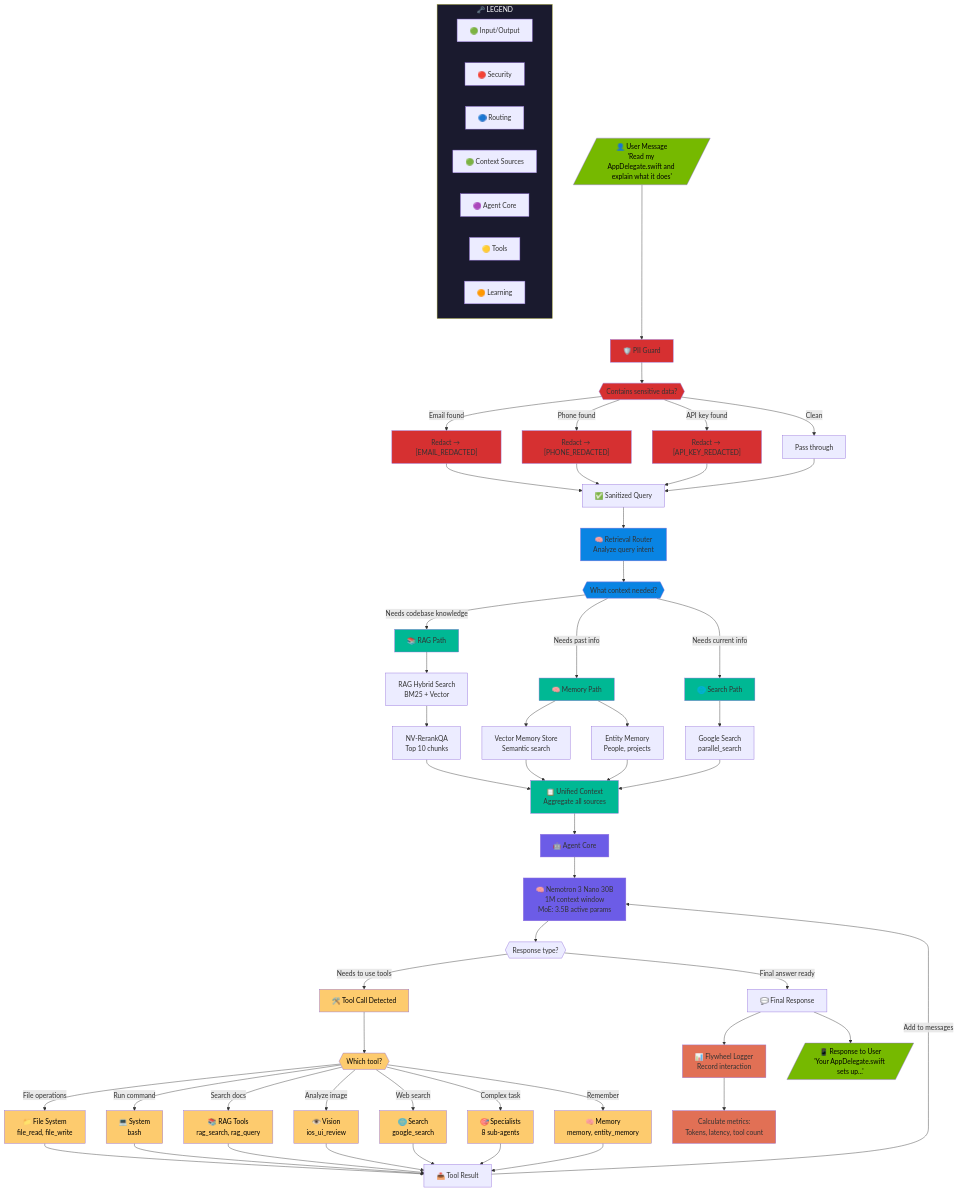
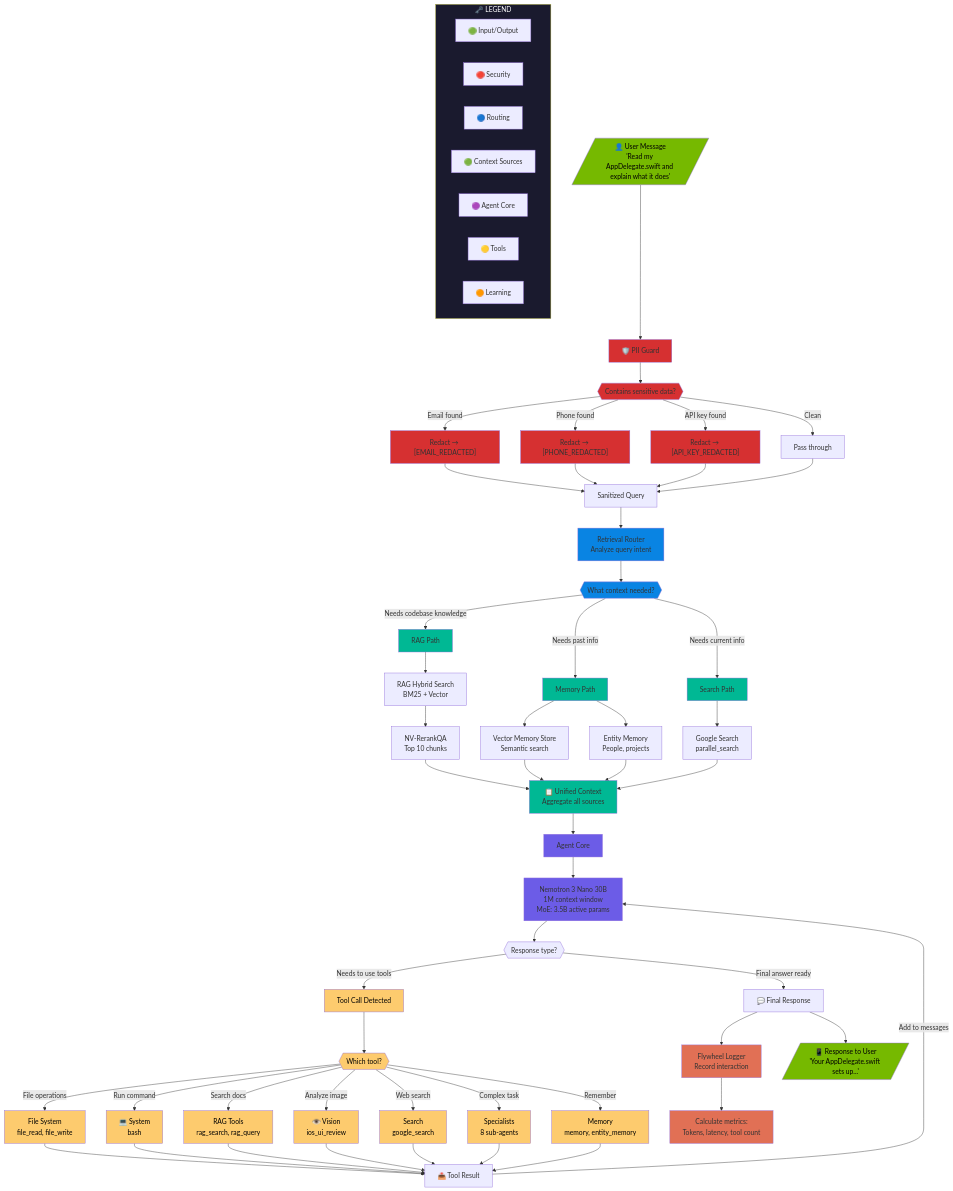
Before and after one commit to caser-legal/nvidia-cli: the fourth of 8 diagrams in README.md, drawn with Mermaid. The commit also changed other lines of this file, not shown here.

Commit message:
Remove emojis, update tool count to 36

```diff
--- a/README.md
+++ b/README.md
@@ -870,17 +870,17 @@
     REDACT_EMAIL --> SANITIZED
     REDACT_PHONE --> SANITIZED
     REDACT_KEY --> SANITIZED
-    CLEAN --> SANITIZED["✅ Sanitized Query"]
+    CLEAN --> SANITIZED[" Sanitized Query"]
     
     %% ===== ROUTING =====
-    SANITIZED --> ROUTER["🧠 Retrieval Router<br/>Analyze query intent"]
+    SANITIZED --> ROUTER[" Retrieval Router<br/>Analyze query intent"]
     
     ROUTER --> ROUTE_DECISION{{"What context needed?"}}
     
     %% ===== CONTEXT PATHS =====
-    ROUTE_DECISION -->|"Needs codebase knowledge"| RAG_PATH["📚 RAG Path"]
-    ROUTE_DECISION -->|"Needs past info"| MEM_PATH["🧠 Memory Path"]
-    ROUTE_DECISION -->|"Needs current info"| SEARCH_PATH["🌐 Search Path"]
+    ROUTE_DECISION -->|"Needs codebase knowledge"| RAG_PATH[" RAG Path"]
+    ROUTE_DECISION -->|"Needs past info"| MEM_PATH[" Memory Path"]
+    ROUTE_DECISION -->|"Needs current info"| SEARCH_PATH[" Search Path"]
     
     %% RAG Branch
     RAG_PATH --> RAG_SEARCH["RAG Hybrid Search<br/>BM25 + Vector"]
@@ -901,23 +901,23 @@
     CONTEXT["📋 Unified Context<br/>Aggregate all sources"]
     
     %% ===== AGENT CORE =====
-    CONTEXT --> AGENT["🤖 Agent Core"]
-    AGENT --> LLM["🧠 Nemotron 3 Nano 30B<br/>1M context window<br/>MoE: 3.5B active params"]
+    CONTEXT --> AGENT[" Agent Core"]
+    AGENT --> LLM[" Nemotron 3 Nano 30B<br/>1M context window<br/>MoE: 3.5B active params"]
     
     LLM --> RESPONSE_CHECK{{"Response type?"}}
     
     %% ===== TOOL EXECUTION =====
-    RESPONSE_CHECK -->|"Needs to use tools"| TOOL_CALL["🛠️ Tool Call Detected"]
+    RESPONSE_CHECK -->|"Needs to use tools"| TOOL_CALL[" Tool Call Detected"]
     
     TOOL_CALL --> TOOL_TYPE{{"Which tool?"}}
     
-    TOOL_TYPE -->|"File operations"| FS_TOOLS["📁 File System<br/>file_read, file_write"]
+    TOOL_TYPE -->|"File operations"| FS_TOOLS[" File System<br/>file_read, file_write"]
     TOOL_TYPE -->|"Run command"| SYS_TOOLS["💻 System<br/>bash"]
-    TOOL_TYPE -->|"Search docs"| RAG_TOOLS["📚 RAG Tools<br/>rag_search, rag_query"]
+    TOOL_TYPE -->|"Search docs"| RAG_TOOLS[" RAG Tools<br/>rag_search, rag_query"]
     TOOL_TYPE -->|"Analyze image"| VIS_TOOLS["👁️ Vision<br/>ios_ui_review"]
-    TOOL_TYPE -->|"Web search"| SRCH_TOOLS["🌐 Search<br/>google_search"]
-    TOOL_TYPE -->|"Complex task"| SPEC_TOOLS["🎯 Specialists<br/>8 sub-agents"]
-    TOOL_TYPE -->|"Remember"| MEM_TOOLS["🧠 Memory<br/>memory, entity_memory"]
+    TOOL_TYPE -->|"Web search"| SRCH_TOOLS[" Search<br/>google_search"]
+    TOOL_TYPE -->|"Complex task"| SPEC_TOOLS[" Specialists<br/>8 sub-agents"]
+    TOOL_TYPE -->|"Remember"| MEM_TOOLS[" Memory<br/>memory, entity_memory"]
     
     FS_TOOLS --> TOOL_RESULT["📤 Tool Result"]
     SYS_TOOLS --> TOOL_RESULT
@@ -933,7 +933,7 @@
     RESPONSE_CHECK -->|"Final answer ready"| FINAL["💬 Final Response"]
     
     %% ===== LEARNING =====
-    FINAL --> LOG["📊 Flywheel Logger<br/>Record interaction"]
+    FINAL --> LOG[" Flywheel Logger<br/>Record interaction"]
     LOG --> METRICS["Calculate metrics:<br/>Tokens, latency, tool count"]
     
     %% ===== OUTPUT =====
```
